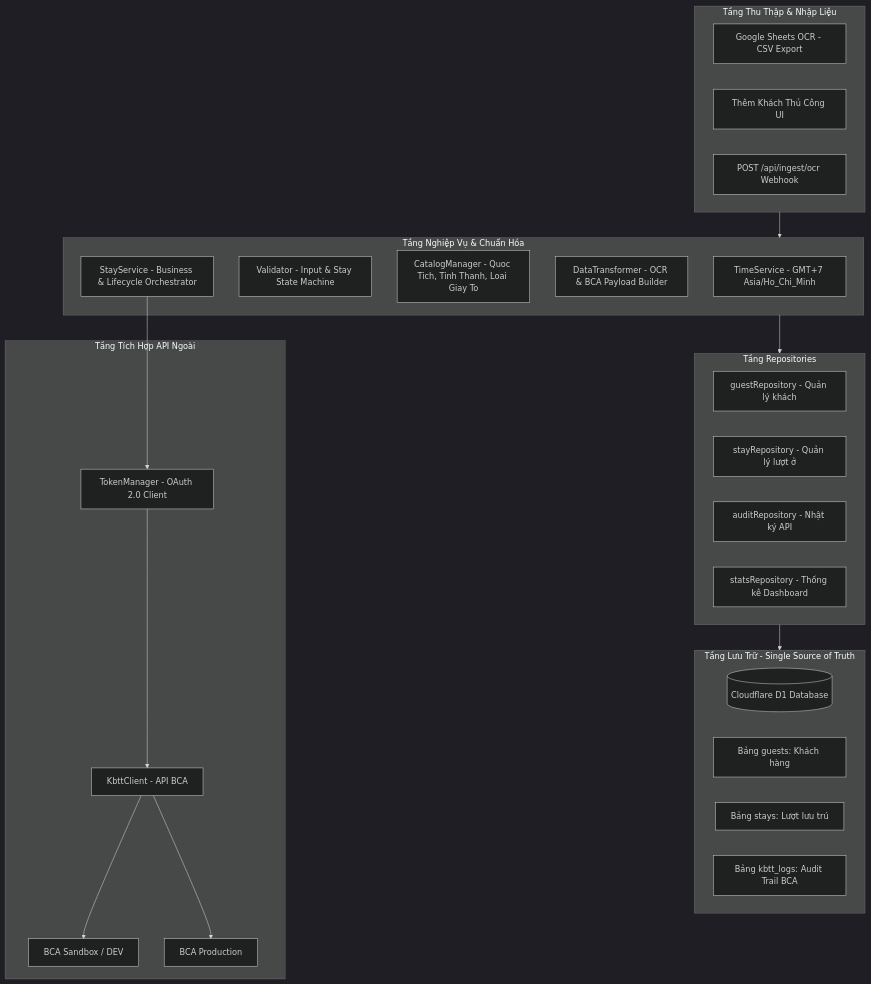
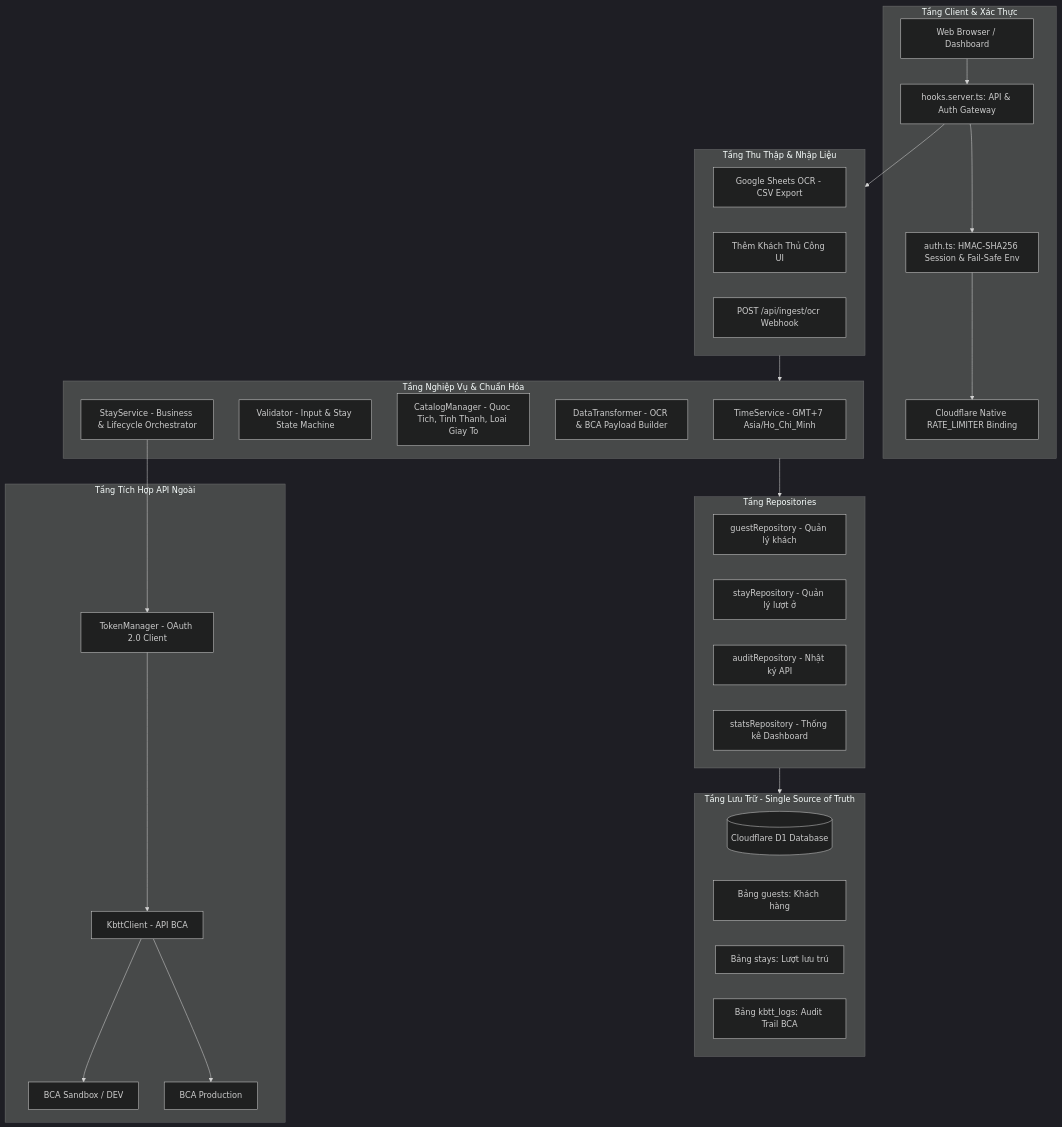
One commit to akhademik/dang-ky-luu-tru changed the first of 3 diagrams in ARCHITECTURE.md. Above: the diagram before and after it, drawn with Mermaid (dark theme). The commit also changed other lines of this file and 6 other files, not shown here.

Commit message:
docs: update architecture, design pattern, readme, and workflow instructions

````diff
--- a/ARCHITECTURE.md
+++ b/ARCHITECTURE.md
@@ -11,44 +11,55 @@
 ```mermaid
 flowchart TD
+    subgraph Client_Layer [Tầng Client & Xác Thực]
+        BROWSER[Web Browser / Dashboard]
+        GATEWAY[hooks.server.ts: API & Auth Gateway]
+        AUTH_SVC[auth.ts: HMAC-SHA256 Session & Fail-Safe Env]
+        RATE_LIMIT[Cloudflare Native RATE_LIMITER Binding]
+    end
+
     subgraph Input_Layer [Tầng Thu Thập & Nhập Liệu]
         GS[Google Sheets OCR - CSV Export]
         UI_ADD[Thêm Khách Thủ Công UI]
         API_INGEST[POST /api/ingest/ocr Webhook]
     end
 
     subgraph Service_Layer [Tầng Nghiệp Vụ & Chuẩn Hóa]
         TIME[TimeService - GMT+7 Asia/Ho_Chi_Minh]
         VAL[Validator - Input & Stay State Machine]
         CM[CatalogManager - Quoc Tich, Tinh Thanh, Loai Giay To]
         DT[DataTransformer - OCR & BCA Payload Builder]
         SS[StayService - Business & Lifecycle Orchestrator]
     end
 
     subgraph Repository_Layer [Tầng Repositories]
         GR[guestRepository - Quản lý khách]
         SR[stayRepository - Quản lý lượt ở]
         AR[auditRepository - Nhật ký API]
         ST[statsRepository - Thống kê Dashboard]
     end
 
     subgraph Storage_Layer [Tầng Lưu Trữ - Single Source of Truth]
         D1[(Cloudflare D1 Database)]
         T_GUESTS[Bảng guests: Khách hàng]
         T_STAYS[Bảng stays: Lượt lưu trú]
         T_LOGS[Bảng kbtt_logs: Audit Trail BCA]
     end
 
     subgraph External_API [Tầng Tích Hợp API Ngoài]
         TM[TokenManager - OAuth 2.0 Client]
         KBTT[KbttClient - API BCA]
         BCA_DEV[BCA Sandbox / DEV]
         BCA_PROD[BCA Production]
     end
 
+    BROWSER --> GATEWAY
+    GATEWAY --> AUTH_SVC
+    AUTH_SVC --> RATE_LIMIT
+    GATEWAY --> Input_Layer
     Input_Layer --> Service_Layer
     Service_Layer --> Repository_Layer
     Repository_Layer --> Storage_Layer
     SS --> TM --> KBTT
     KBTT --> BCA_DEV
     KBTT --> BCA_PROD
 ```
````
